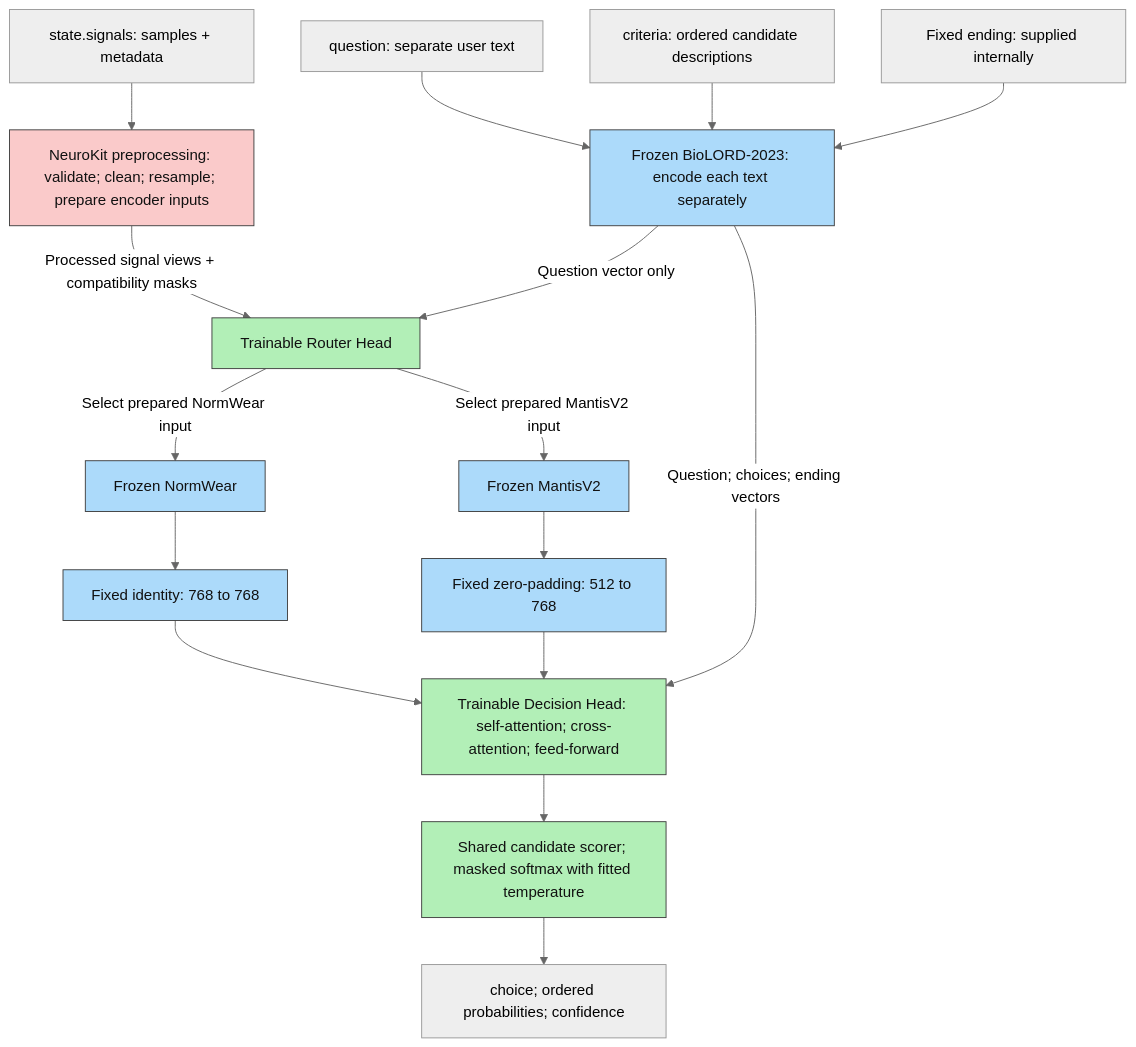
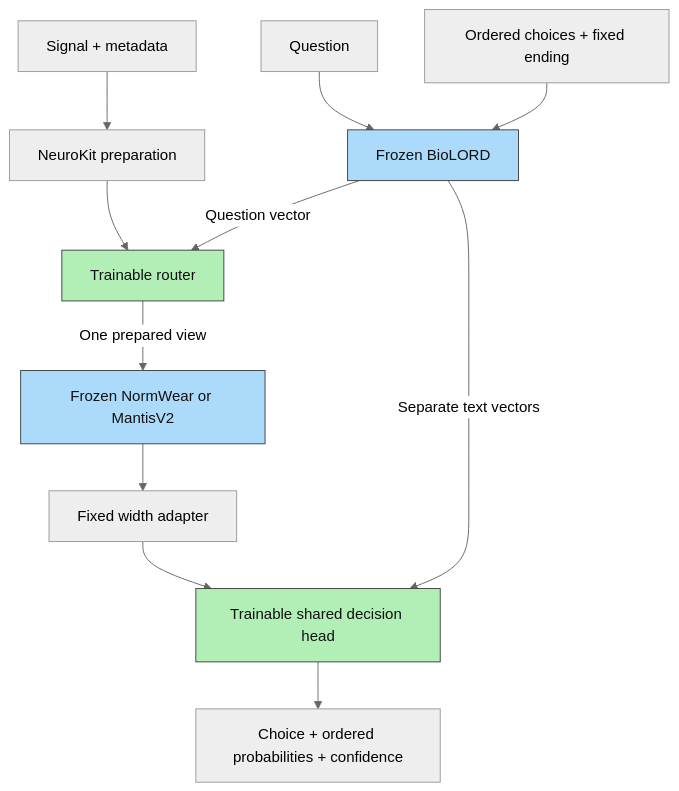
The diagram in docs/architecture-fix.md (yeabwang/paya), drawn with Mermaid (neutral theme) before and after one commit. The commit also changed other lines of this file and 37 other files, not shown here.

````diff
--- a/docs/architecture-fix.md
+++ b/docs/architecture-fix.md
@@ -29,24 +5,17 @@
 ```mermaid
 flowchart TD
-    S["state.signals: samples + metadata"] --> P["NeuroKit preprocessing: validate; clean; resample; prepare encoder inputs"]
-    Q["question: separate user text"] --> B["Frozen BioLORD-2023: encode each text separately"]
-    CR["criteria: ordered candidate descriptions"] --> B
-    E["Fixed ending: supplied internally"] --> B
-    P -->|"Processed signal views + compatibility masks"| R["Trainable Router Head"]
-    B -->|"Question vector only"| R
-    R -->|"Select prepared NormWear input"| N["Frozen NormWear"]
-    R -->|"Select prepared MantisV2 input"| M["Frozen MantisV2"]
-    N --> A_N["Fixed identity: 768 to 768"]
-    M --> A_M["Fixed zero-padding: 512 to 768"]
-    A_N --> D["Trainable Decision Head: self-attention; cross-attention; feed-forward"]
-    A_M --> D
-    B -->|"Question; choices; ending vectors"| D
-    D --> C["Shared candidate scorer; masked softmax with fitted temperature"]
-    C --> O["choice; ordered probabilities; confidence"]
+    S[Signal + metadata] --> P[NeuroKit preparation]
+    P --> R[Trainable router]
+    Q[Question] --> T[Frozen BioLORD]
+    C[Ordered choices + fixed ending] --> T
+    T -->|Question vector| R
+    R -->|One prepared view| E[Frozen NormWear or MantisV2]
+    E --> A[Fixed width adapter]
+    A --> H[Trainable shared decision head]
+    T -->|Separate text vectors| H
+    H --> O[Choice + ordered probabilities + confidence]
     classDef frozen fill:#acdafa,stroke:#404040,color:#111;
     classDef trainable fill:#b2efb7,stroke:#404040,color:#111;
-    classDef processing fill:#facaca,stroke:#404040,color:#111;
-    class B,N,M,A_N,A_M frozen;
-    class R,D,C trainable;
-    class P processing;
+    class T,E frozen;
+    class R,H trainable;
 ```
````
